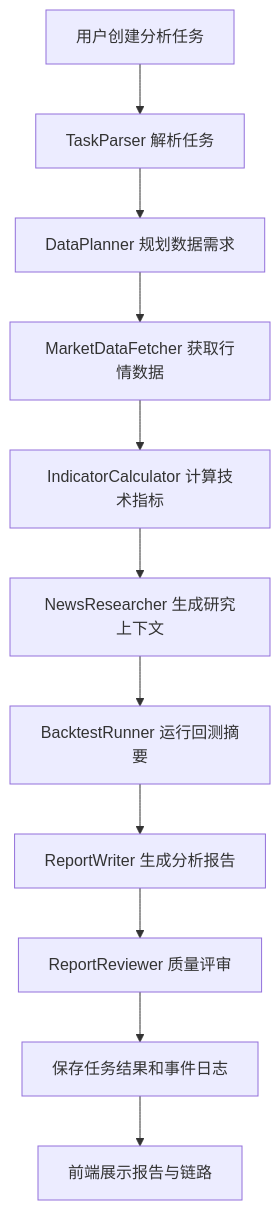
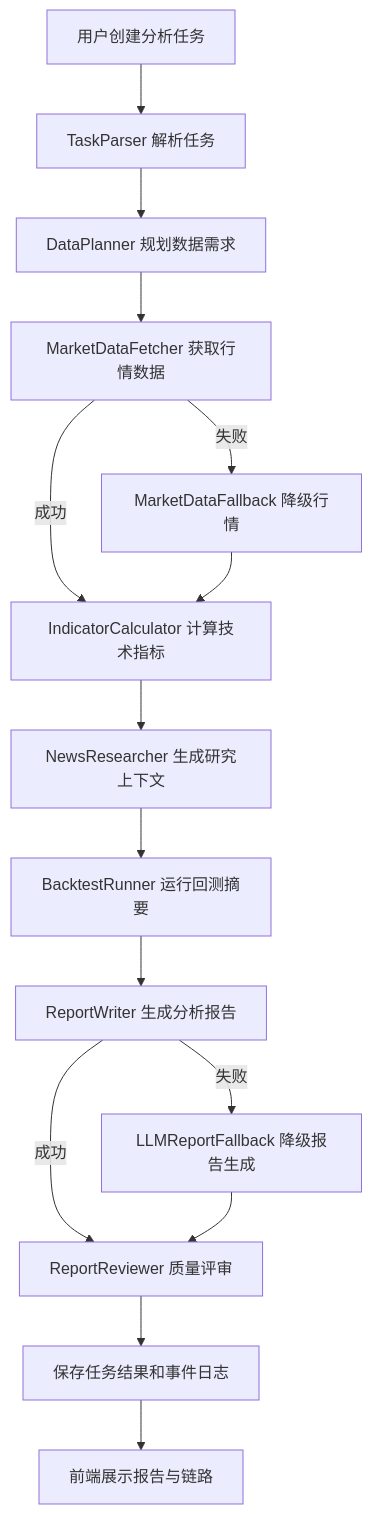
One commit to Q-maker521/MarketMind-agent changed the diagram in README.md. Above: the diagram before and after it, drawn with Mermaid. The commit also changed other lines of this file and 6 other files, not shown here.

````diff
--- a/README.md
+++ b/README.md
@@ -72,13 +72,17 @@
 ```mermaid
 flowchart TD
     A["用户创建分析任务"] --> B["TaskParser 解析任务"]
     B --> C["DataPlanner 规划数据需求"]
     C --> D["MarketDataFetcher 获取行情数据"]
-    D --> E["IndicatorCalculator 计算技术指标"]
+    D -->|"成功"| E["IndicatorCalculator 计算技术指标"]
+    D -->|"失败"| D2["MarketDataFallback 降级行情"]
+    D2 --> E
     E --> F["NewsResearcher 生成研究上下文"]
     F --> G["BacktestRunner 运行回测摘要"]
     G --> H["ReportWriter 生成分析报告"]
-    H --> I["ReportReviewer 质量评审"]
+    H -->|"成功"| I["ReportReviewer 质量评审"]
+    H -->|"失败"| H2["LLMReportFallback 降级报告生成"]
+    H2 --> I
     I --> J["保存任务结果和事件日志"]
     J --> K["前端展示报告与链路"]
 ```
````
